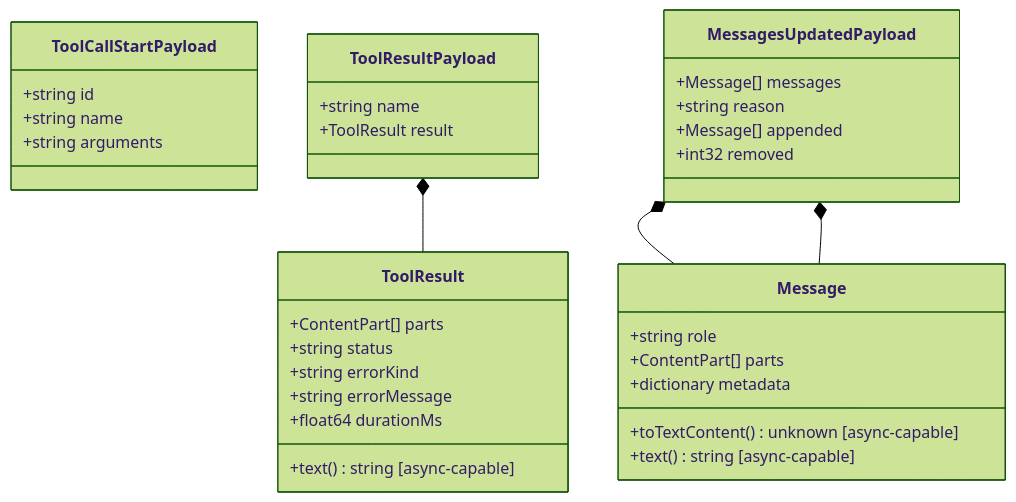
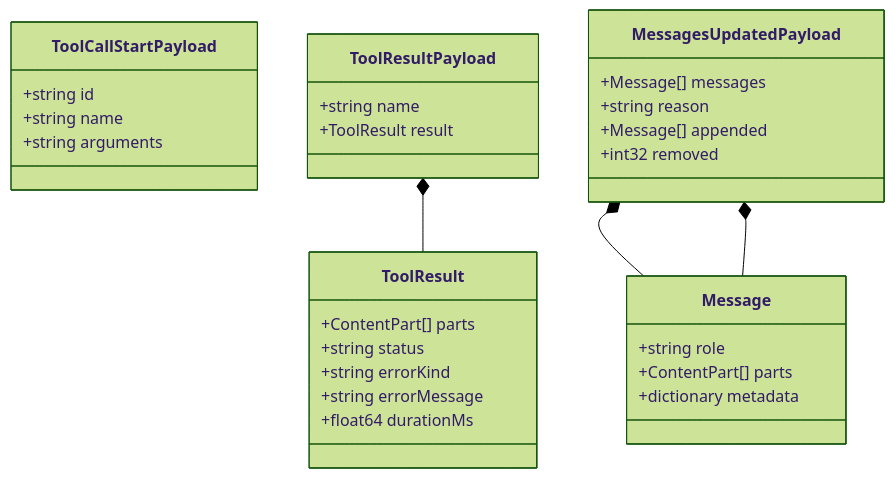
Before and after one commit to microsoft/prompty: the eighth of 9 diagrams in web/src/content/docs/reference/index.md, drawn with Mermaid (forest theme). The commit also changed other lines of this file and 543 other files, not shown here.

````diff
--- a/web/src/content/docs/reference/index.md
+++ b/web/src/content/docs/reference/index.md
@@ -382,36 +379,33 @@
 ```mermaid
 classDiagram
     class ToolCallStartPayload {
         +string id
         +string name
         +string arguments
     }
     class ToolResultPayload {
         +string name
         +ToolResult result
     }
     class MessagesUpdatedPayload {
         +Message[] messages
         +string reason
         +Message[] appended
         +int32 removed
     }
     class ToolResult {
         +ContentPart[] parts
         +string status
         +string errorKind
         +string errorMessage
         +float64 durationMs
-        +text() string [async-capable]
     }
     class Message {
         +string role
         +ContentPart[] parts
         +dictionary metadata
-        +toTextContent() unknown [async-capable]
-        +text() string [async-capable]
     }
     ToolResultPayload *-- ToolResult
     MessagesUpdatedPayload *-- Message
     MessagesUpdatedPayload *-- Message
 ```
````
